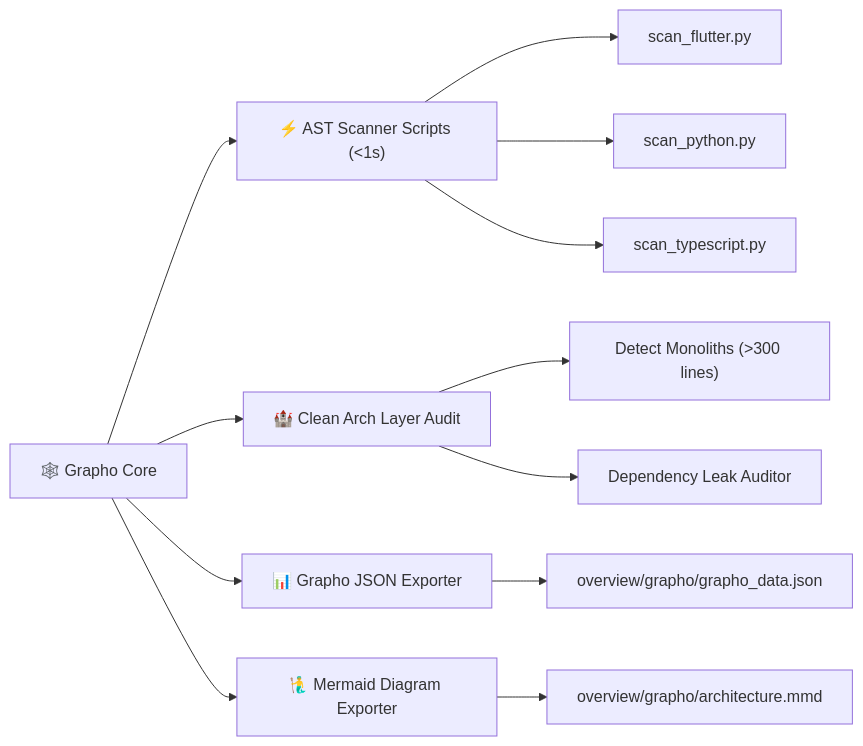
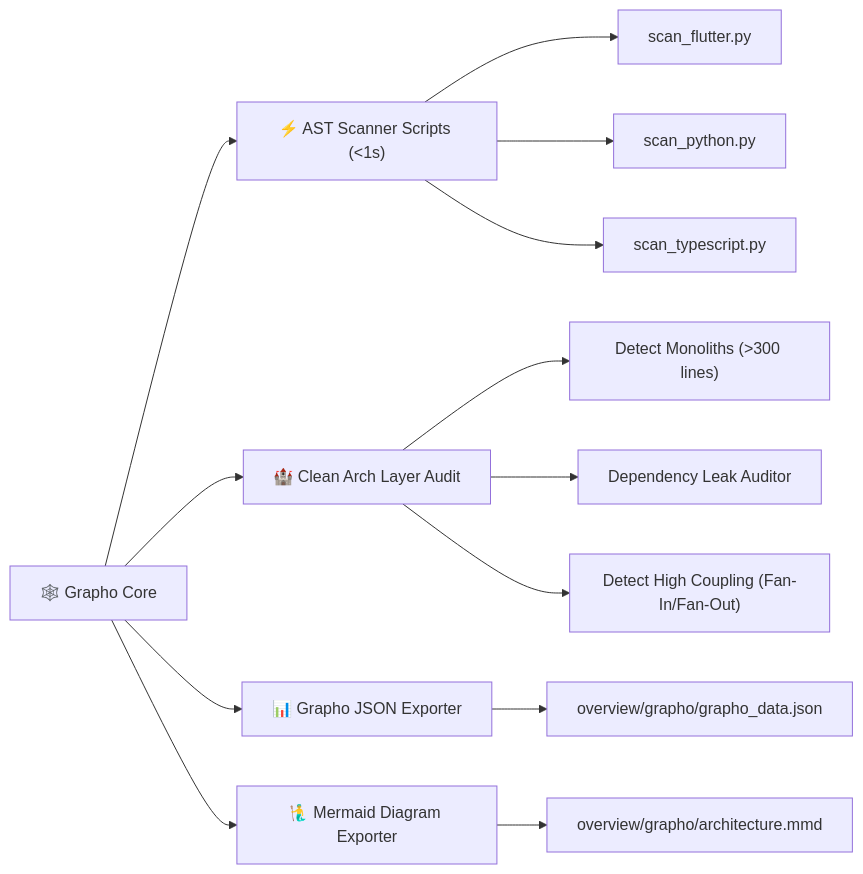
One commit to Agent-Rules-Ecosystem/grapho-agent-skill changed the diagram in SKILL.md. Above: the diagram before and after it, drawn with Mermaid. The commit also changed 9 other files, not shown here.

````diff
--- a/SKILL.md
+++ b/SKILL.md
@@ -10,17 +10,18 @@
 ```mermaid
 graph LR
     A["🕸️ Grapho Core"] --> B["⚡ AST Scanner Scripts (<1s)"]
     A --> C["🏰 Clean Arch Layer Audit"]
     A --> D["📊 Grapho JSON Exporter"]
     A --> E["🧜‍♂️ Mermaid Diagram Exporter"]
 
     B --> B1["scan_flutter.py"]
     B --> B2["scan_python.py"]
     B --> B3["scan_typescript.py"]
 
     C --> C1["Detect Monoliths (>300 lines)"]
     C --> C2["Dependency Leak Auditor"]
+    C --> C3["Detect High Coupling (Fan-In/Fan-Out)"]
 
     D --> D1["overview/grapho/grapho_data.json"]
     E --> E1["overview/grapho/architecture.mmd"]
 ```
````
